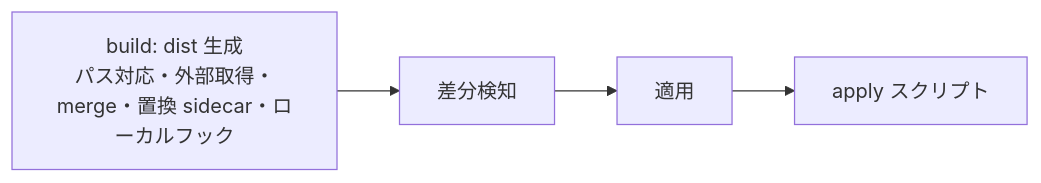
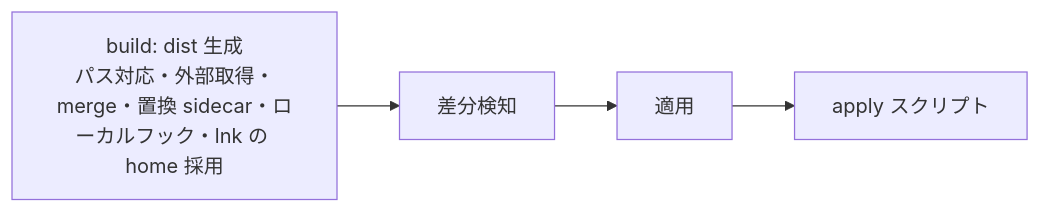
One commit to CatBraaain/dotfiles changed the diagram in dotfiles-manager/SPEC.md. Above: the diagram before and after it, drawn with Mermaid. The commit also changed other lines of this file and 3 other files, not shown here.

Commit message:
feat(manager): adopt matching home lnk bytes into dist on windows build

````diff
--- a/dotfiles-manager/SPEC.md
+++ b/dotfiles-manager/SPEC.md
@@ -14,6 +14,6 @@
 ```mermaid
 flowchart LR
-  A[build: dist 生成<br>パス対応・外部取得・merge・置換 sidecar・ローカルフック] --> B[差分検知]
+  A[build: dist 生成<br>パス対応・外部取得・merge・置換 sidecar・ローカルフック・lnk の home 採用] --> B[差分検知]
   B --> D[適用]
   D --> E[apply スクリプト]
 ```
````
